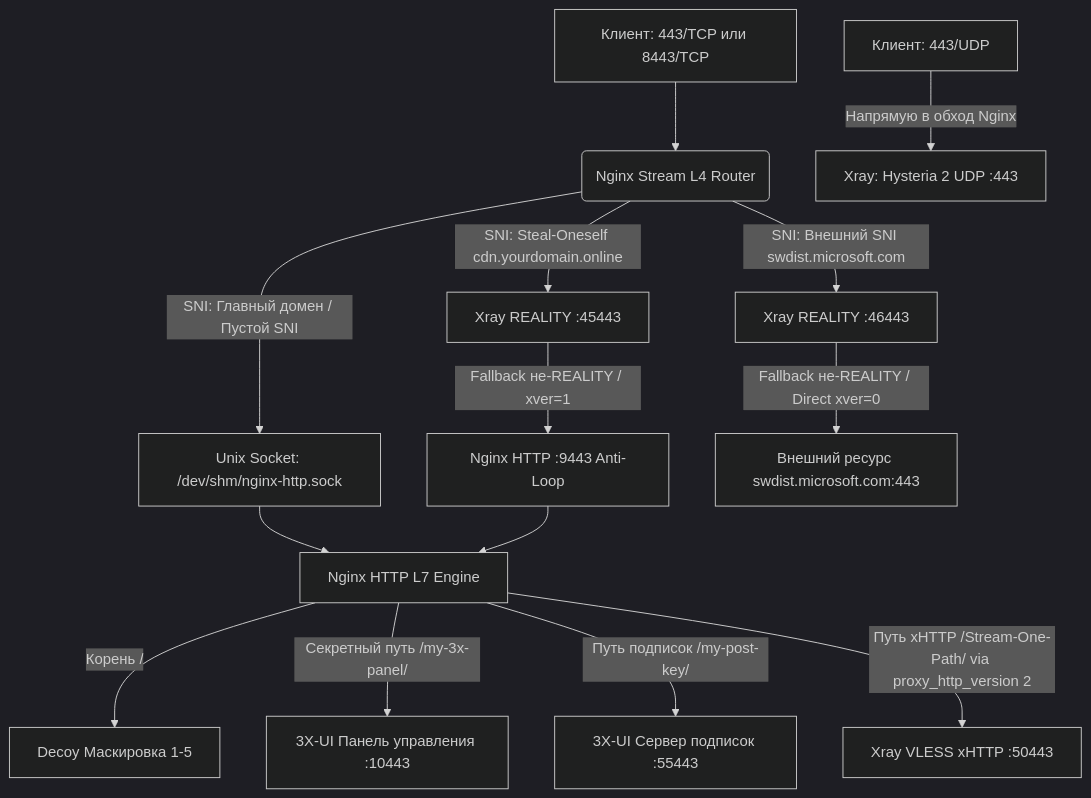
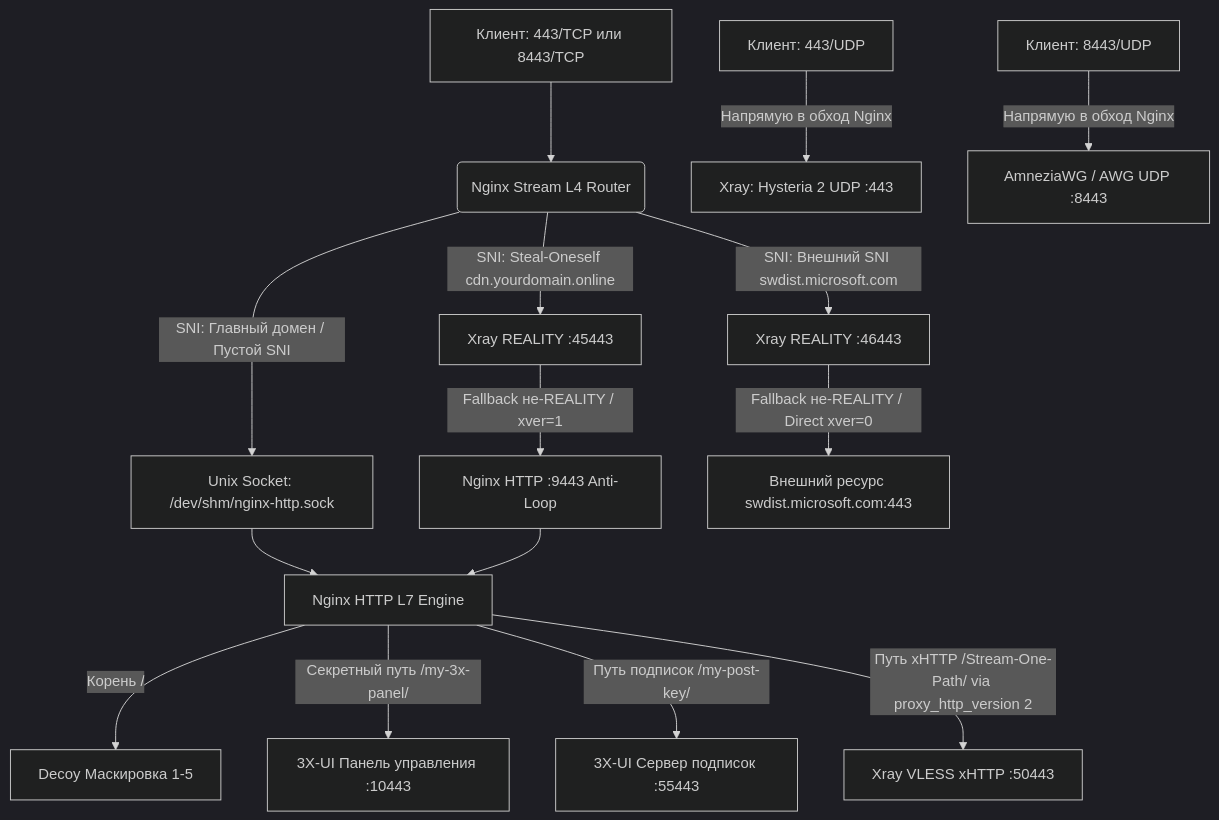
Before and after one commit to torrua/Nginx-L4-Stream-Router-Mask-for-3x-ui: the diagram in README.md, drawn with Mermaid (dark theme). The commit also changed other lines of this file, not shown here.

````diff
--- a/README.md
+++ b/README.md
@@ -58,20 +63,21 @@
 ```mermaid
 graph TD
     Client443TCP[Клиент: 443/TCP или 8443/TCP] --> NginxStream(Nginx Stream L4 Router)
     Client443UDP[Клиент: 443/UDP] -->|Напрямую в обход Nginx| XrayHysteria[Xray: Hysteria 2 UDP :443]
+    Client8443UDP[Клиент: 8443/UDP] -->|Напрямую в обход Nginx| AWGServer[AmneziaWG / AWG UDP :8443]
 
     NginxStream -->|SNI: Главный домен / Пустой SNI| NginxSock[Unix Socket: /dev/shm/nginx-http.sock]
     NginxStream -->|SNI: Steal-Oneself cdn.yourdomain.online| XrayStealREALITY[Xray REALITY :45443]
     NginxStream -->|SNI: Внешний SNI swdist.microsoft.com| XrayClassicREALITY[Xray REALITY :46443]
 
     XrayStealREALITY -->|Fallback не-REALITY / xver=1| NginxFallbackHTTP[Nginx HTTP :9443 Anti-Loop]
     XrayClassicREALITY -->|Fallback не-REALITY / Direct xver=0| ExternalSite[Внешний ресурс swdist.microsoft.com:443]
 
     NginxSock --> NginxHTTPCore[Nginx HTTP L7 Engine]
     NginxFallbackHTTP --> NginxHTTPCore
 
     NginxHTTPCore -->|Корень /| DecoySite[Decoy Маскировка 1-5]
     NginxHTTPCore -->|Секретный путь /my-3x-panel/| Panel3X[3X-UI Панель управления :10443]
     NginxHTTPCore -->|Путь подписок /my-post-key/| PanelSub[3X-UI Сервер подписок :55443]
     NginxHTTPCore -->|Путь xHTTP /Stream-One-Path/ via proxy_http_version 2| XrayXHTTP[Xray VLESS xHTTP :50443]
 ```
````
